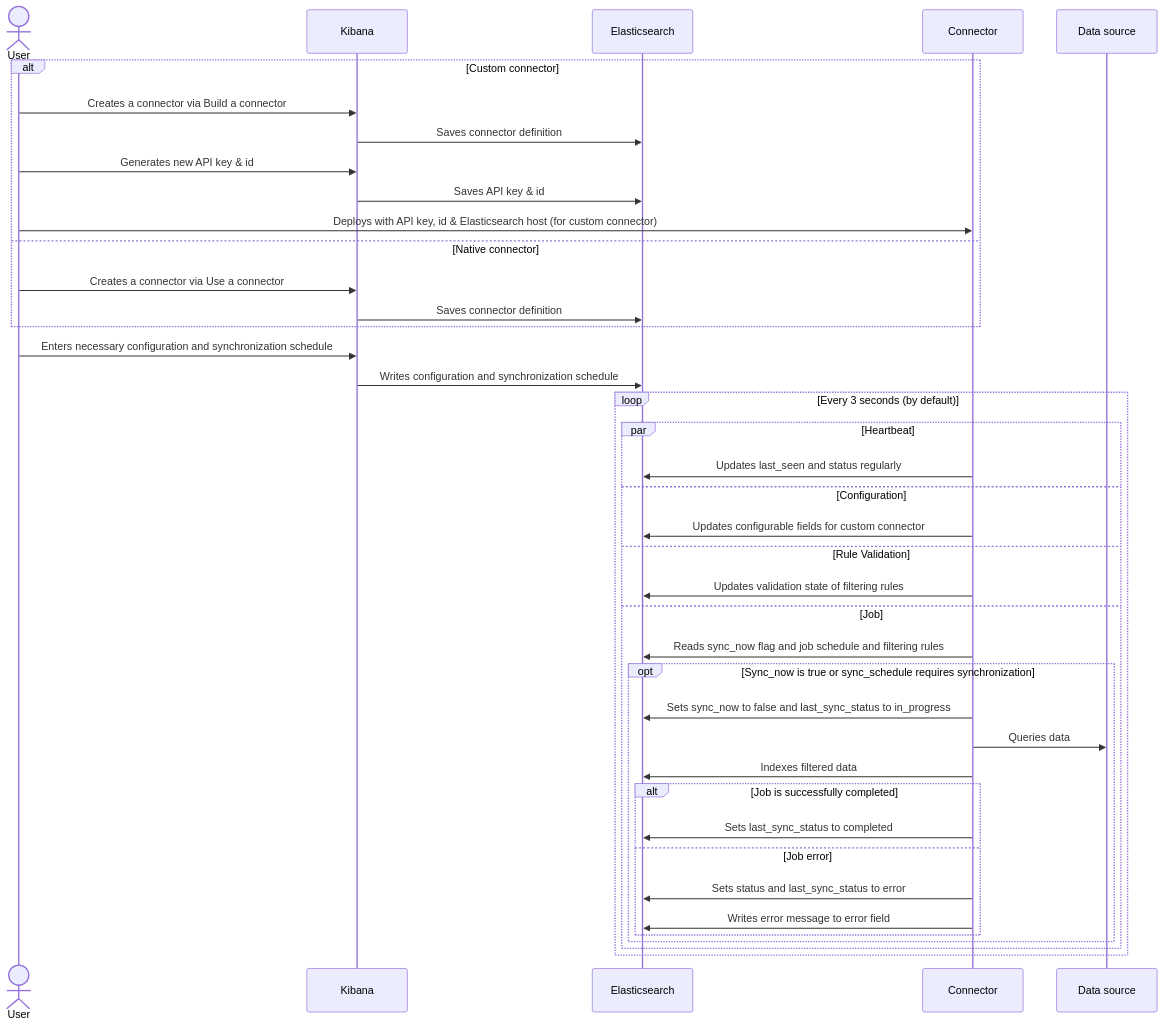
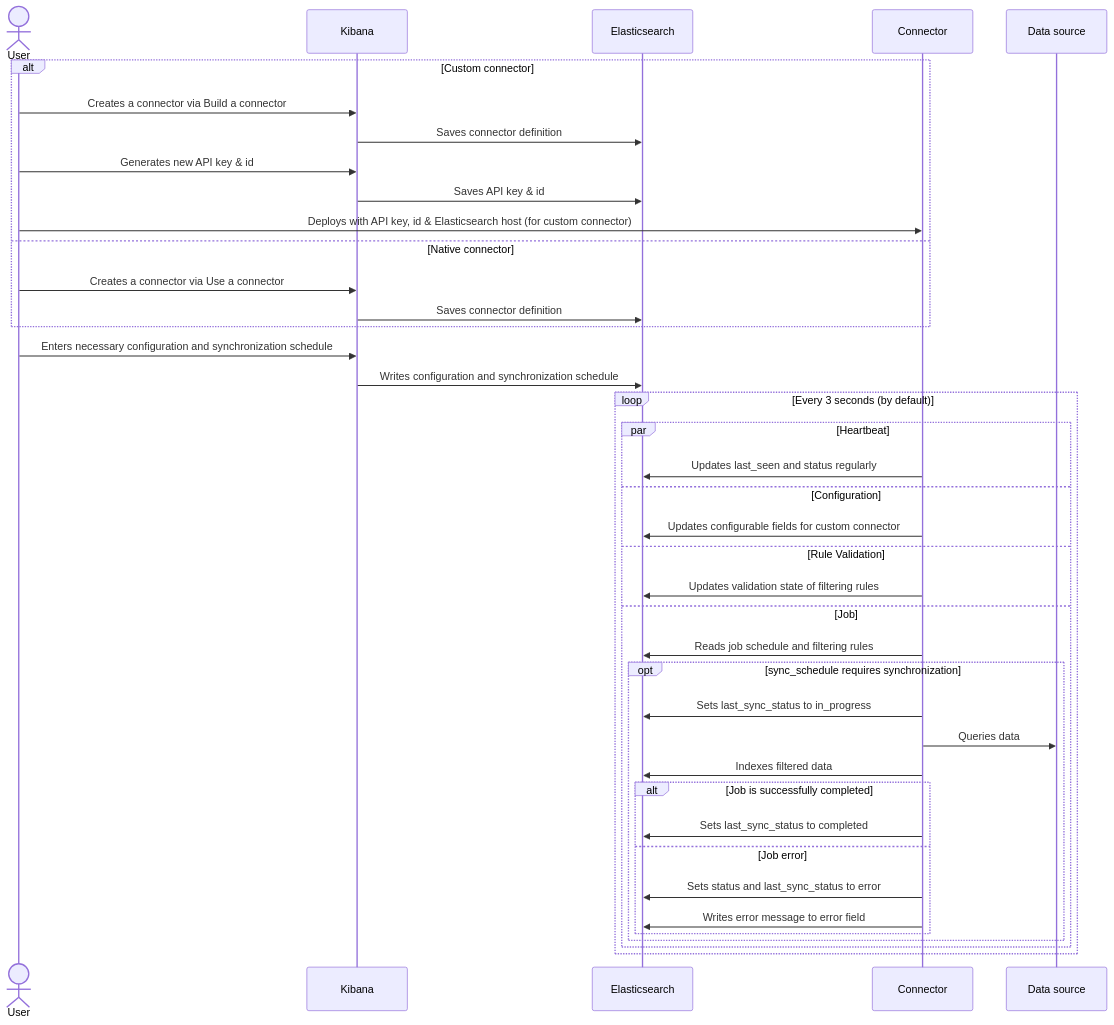
Before and after one commit to elastic/connectors: the diagram in docs/CONNECTOR_PROTOCOL.md, drawn with Mermaid. The commit also changed other lines of this file and 10 other files, not shown here.

Commit message:
Remove sync_now flag support

````diff
--- a/docs/CONNECTOR_PROTOCOL.md
+++ b/docs/CONNECTOR_PROTOCOL.md
@@ -498,42 +496,42 @@
 ```mermaid
 sequenceDiagram
     actor User
     participant Kibana
     participant Elasticsearch
     participant Connector
     participant Data source
     alt Custom connector
         User->>Kibana: Creates a connector via Build a connector
         Kibana->>Elasticsearch: Saves connector definition
         User->>Kibana: Generates new API key & id
         Kibana->>Elasticsearch: Saves API key & id
         User->>Connector: Deploys with API key, id & Elasticsearch host (for custom connector)
     else Native connector
         User->>Kibana: Creates a connector via Use a connector
         Kibana->>Elasticsearch: Saves connector definition
     end
     User->>Kibana: Enters necessary configuration and synchronization schedule
     Kibana->>Elasticsearch: Writes configuration and synchronization schedule
     loop Every 3 seconds (by default)
         par Heartbeat
             Connector->>Elasticsearch: Updates last_seen and status regularly
         and Configuration
             Connector->>Elasticsearch: Updates configurable fields for custom connector
         and Rule Validation
             Connector->>Elasticsearch: Updates validation state of filtering rules
         and Job
-            Connector->>Elasticsearch: Reads sync_now flag and job schedule and filtering rules
-            opt Sync_now is true or sync_schedule requires synchronization
-                Connector->>Elasticsearch: Sets sync_now to false and last_sync_status to in_progress
+            Connector->>Elasticsearch: Reads job schedule and filtering rules
+            opt sync_schedule requires synchronization
+                Connector->>Elasticsearch: Sets last_sync_status to in_progress
                 Connector->>Data source: Queries data
                 Connector->>Elasticsearch: Indexes filtered data
                 alt Job is successfully completed
                     Connector->>Elasticsearch: Sets last_sync_status to completed
                 else Job error
                     Connector->>Elasticsearch: Sets status and last_sync_status to error
                     Connector->>Elasticsearch: Writes error message to error field
                 end
             end
         end
     end
 ```
````
